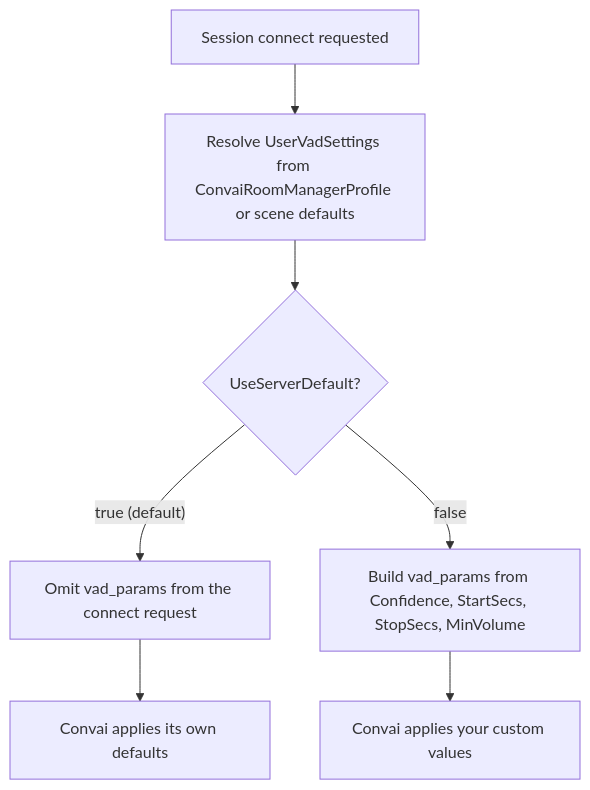
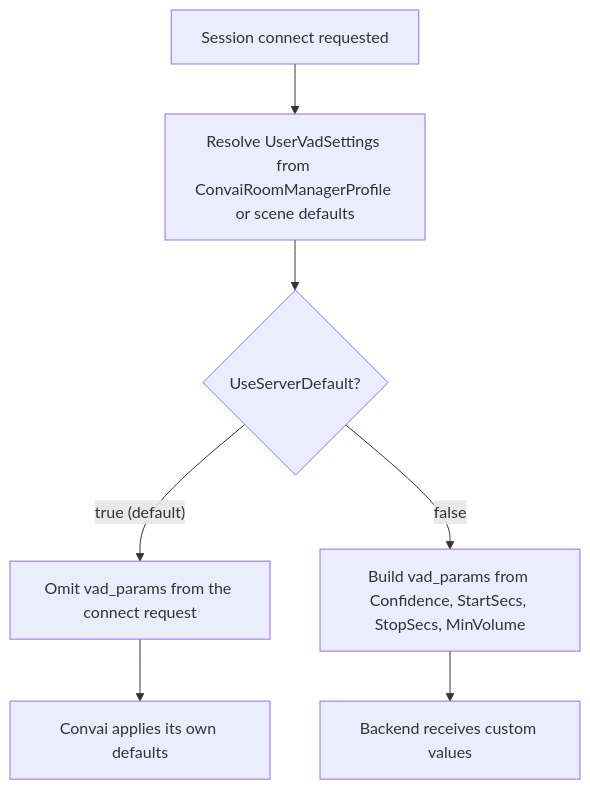
The diagram in plugins-and-integrations/convai-unity-sdk/core-concepts/voice-activity-detection.md (Conv-AI/Convai-Documentation), drawn with Mermaid before and after one commit. The commit also changed other lines of this file and 23 other files, not shown here.

````diff
--- a/plugins-and-integrations/convai-unity-sdk/core-concepts/voice-activity-detection.md
+++ b/plugins-and-integrations/convai-unity-sdk/core-concepts/voice-activity-detection.md
@@ -39,9 +39,9 @@
 ```mermaid
 graph TD
     A["Session connect requested"] --> B["Resolve UserVadSettings from ConvaiRoomManagerProfile or scene defaults"]
     B --> C{"UseServerDefault?"}
     C -->|"true (default)"| D["Omit vad_params from the connect request"]
     C -->|"false"| E["Build vad_params from Confidence, StartSecs, StopSecs, MinVolume"]
     D --> F["Convai applies its own defaults"]
-    E --> G["Convai applies your custom values"]
+    E --> G["Backend receives custom values"]
 ```
````
